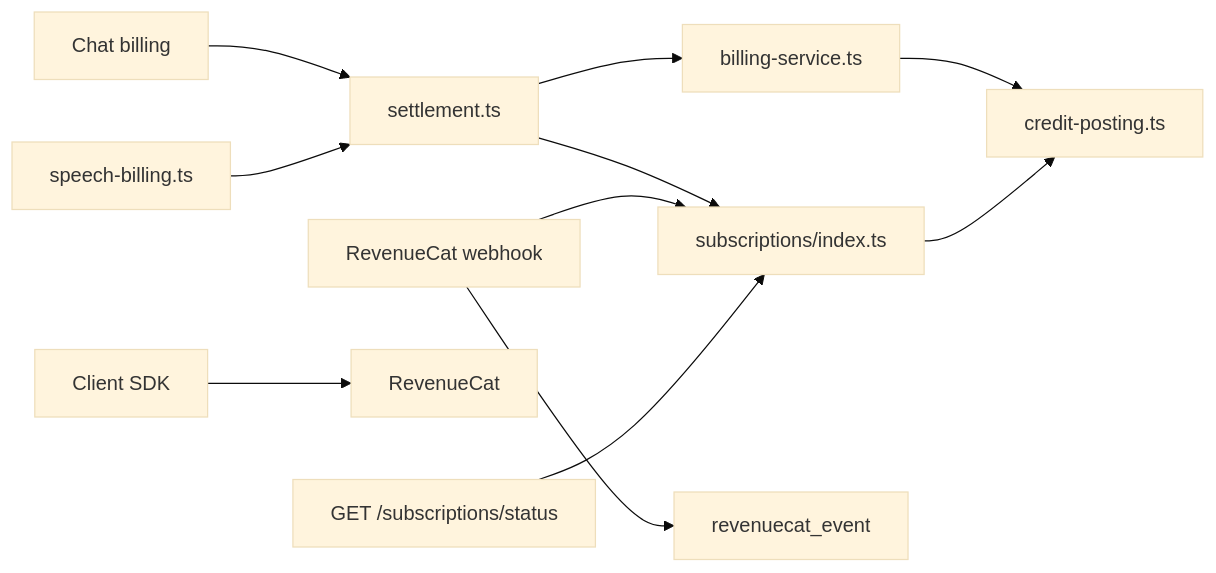
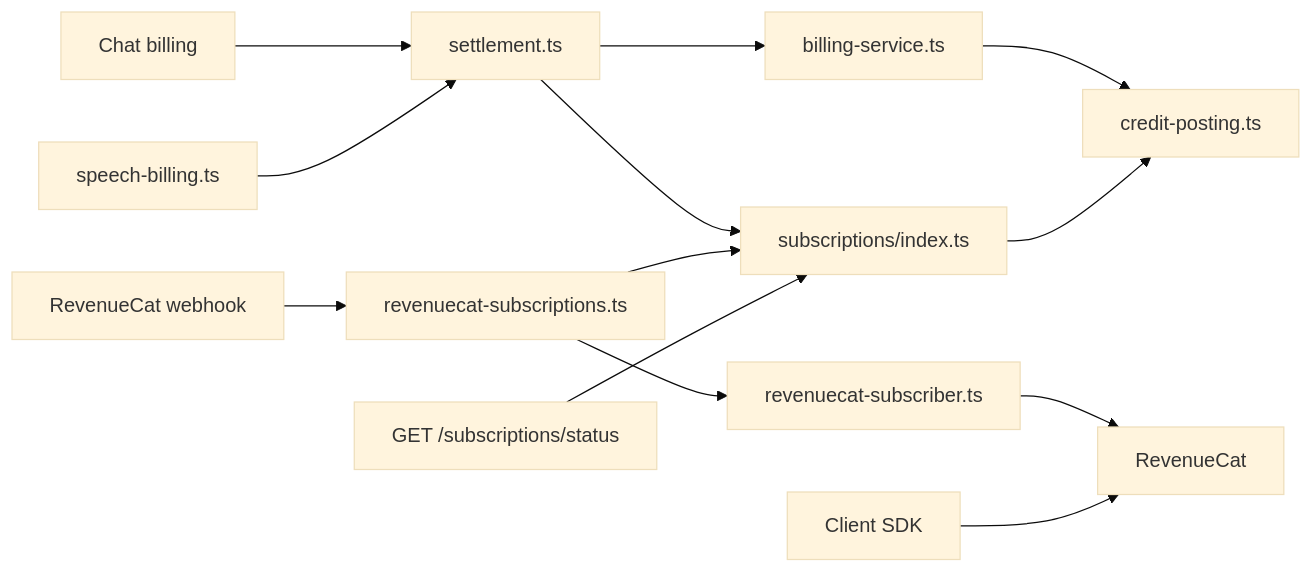
Before and after one commit to moeru-ai/airi: the first of 2 diagrams in server/docs/ai/adr/2026-10-04-subscription-credits.md, drawn with Mermaid (base theme). The commit also changed other lines of this file and 18 other files, not shown here.

First line of the commit message:
refactor(api): reconcile plan Credits from RevenueCat entitlements

````diff
--- a/server/docs/ai/adr/2026-10-04-subscription-credits.md
+++ b/server/docs/ai/adr/2026-10-04-subscription-credits.md
@@ -61,13 +80,15 @@
 ```mermaid
 flowchart LR
   Chat[Chat billing] --> Settle["settlement.ts"]
   Speech[speech-billing.ts] --> Settle
   Settle --> Subs["subscriptions/index.ts"]
   Settle --> Billing[billing-service.ts]
   Billing --> Credits[credit-posting.ts]
   Subs --> Credits
-  Webhook[RevenueCat webhook] --> Log[revenuecat_event]
-  Webhook --> Subs
-  Client[Client SDK] --> RC[RevenueCat]
+  Webhook[RevenueCat webhook] --> Sync["revenuecat-subscriptions.ts"]
+  Sync --> Reader["revenuecat-subscriber.ts"]
+  Reader --> RC[RevenueCat]
+  Sync --> Subs
+  Client[Client SDK] --> RC
   Status["GET /subscriptions/status"] --> Subs
 ```
````
